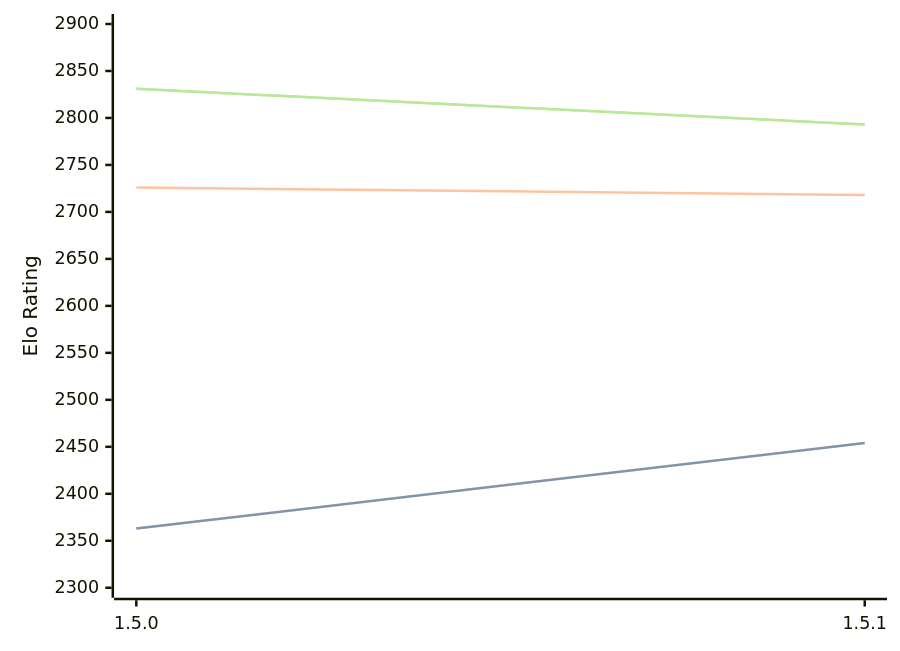
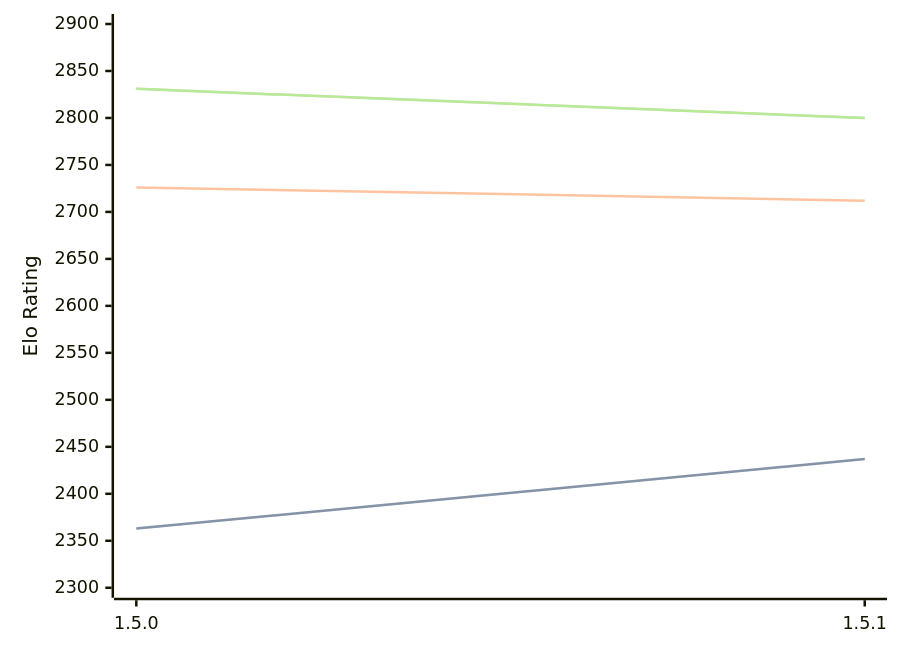
One commit to computer-chess-index/cci changed the diagram in engines/Coco.md. Above: the diagram before and after it, drawn with Mermaid. The commit also changed other lines of this file, not shown here.

Commit message:
Update CCI Ratings (ELO VLTC) - 2026-10-02

````diff
--- a/engines/Coco.md
+++ b/engines/Coco.md
@@ -38,11 +38,11 @@
 ```mermaid
 %%{init: {"theme":"base","themeVariables":{"seriesColors:['#a3a3a3','#222221','#faa371']}}}%%
 xychart-beta
   x-axis ["1.5.0", "1.5.1"]
   y-axis "Elo Rating" 2300 --> 2900
-  line "" [2363, 2454]
-  line "STC (8.0+0.08s)" [2363, 2454]
-  line "LTC (60.0+0.60s)" [2726, 2718]
-  line "" [2831, 2793]
-  line "VLTC (2m24s+1.12s)" [2831, 2793]
+  line "" [2363, 2437]
+  line "STC (8.0+0.08s)" [2363, 2437]
+  line "LTC (60.0+0.60s)" [2726, 2712]
+  line "" [2831, 2800]
+  line "VLTC (2m24s+1.12s)" [2831, 2800]
 ```
````
